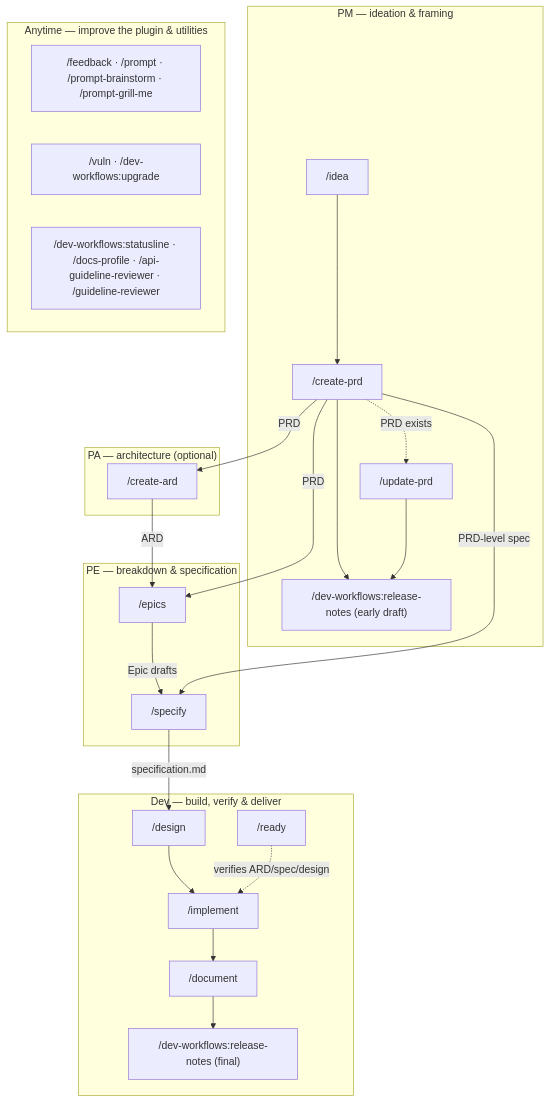
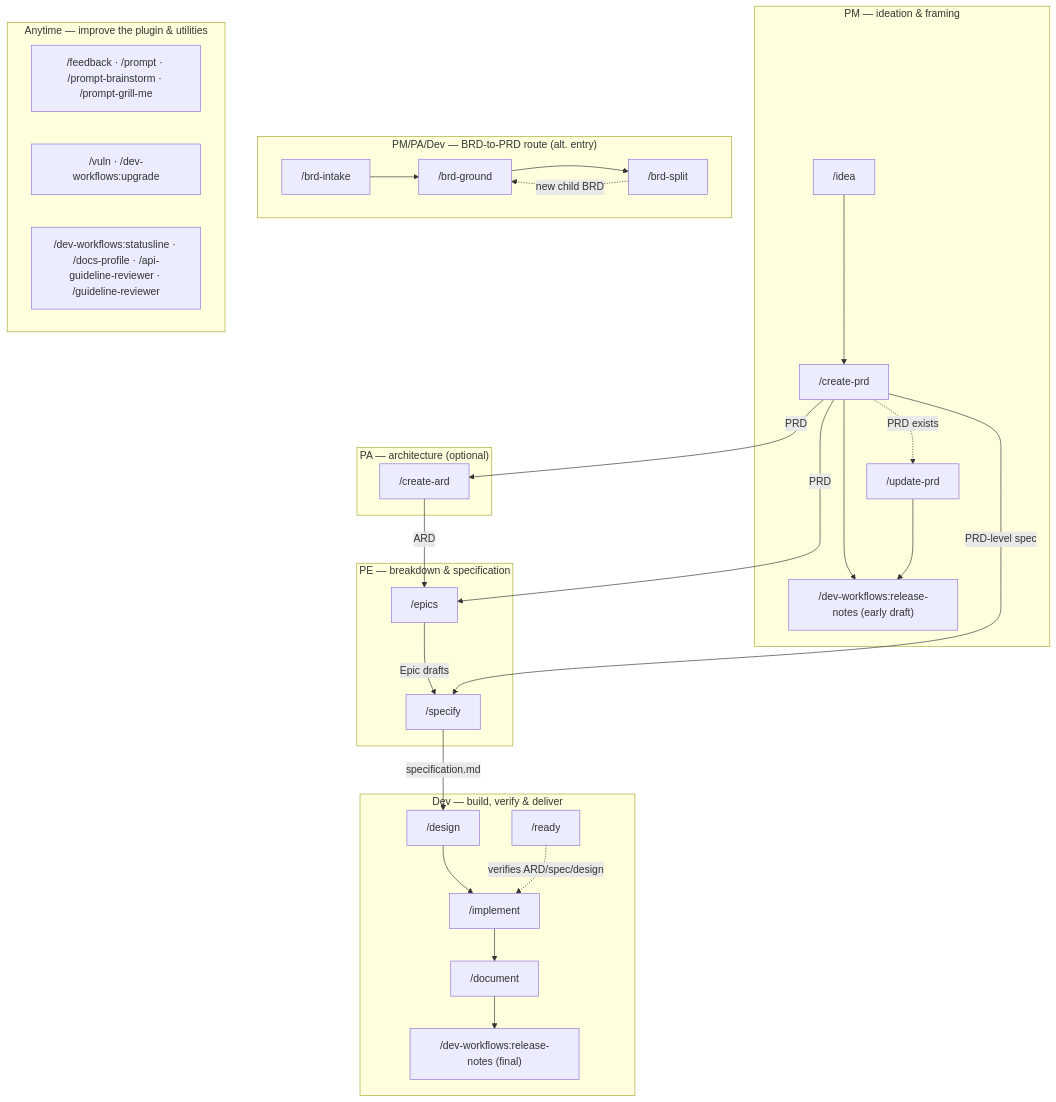
The diagram in plugins/dev-workflows/docs/workflow.md (ihudak/ihudak-claude-plugins), drawn with Mermaid before and after one commit. The commit also changed other lines of this file and 5 other files, not shown here.

First line of the commit message:
docs(brd): add the BRD route page, diagram and parameter table

````diff
--- a/plugins/dev-workflows/docs/workflow.md
+++ b/plugins/dev-workflows/docs/workflow.md
@@ -5,35 +5,39 @@
 ```mermaid
 flowchart TD
     subgraph PM["PM — ideation & framing"]
         idea["/idea"] --> createvi["/create-prd"]
         createvi --> rnpm["/dev-workflows:release-notes (early draft)"]
         createvi -.->|PRD exists| updatevi["/update-prd"]
         updatevi --> rnpm
+    end
+    subgraph BRD["PM/PA/Dev — BRD-to-PRD route (alt. entry)"]
+        brdintake["/brd-intake"] --> brdground["/brd-ground"] --> brdsplit["/brd-split"]
+        brdsplit -.->|new child BRD| brdground
     end
     subgraph PA["PA — architecture (optional)"]
         createard["/create-ard"]
     end
     subgraph PE["PE — breakdown & specification"]
         epics["/epics"]
         specify["/specify"]
     end
     subgraph DEV["Dev — build, verify & deliver"]
         design["/design"] --> implement["/implement"]
         implement --> document["/document"]
         document --> rndev["/dev-workflows:release-notes (final)"]
         ready["/ready"]
     end
     subgraph ANY["Anytime — improve the plugin & utilities"]
         improve["/feedback · /prompt · /prompt-brainstorm · /prompt-grill-me"]
         maint["/vuln · /dev-workflows:upgrade"]
         tooling["/dev-workflows:statusline · /docs-profile · /api-guideline-reviewer · /guideline-reviewer"]
     end
 
     createvi -->|PRD| createard
     createvi -->|PRD| epics
     createard -->|ARD| epics
     epics -->|Epic drafts| specify
     createvi -->|PRD-level spec| specify
     specify -->|specification.md| design
     ready -. verifies ARD/spec/design .-> implement
 ```
````
